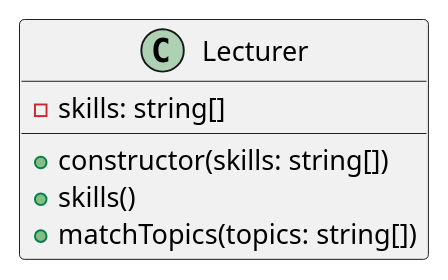
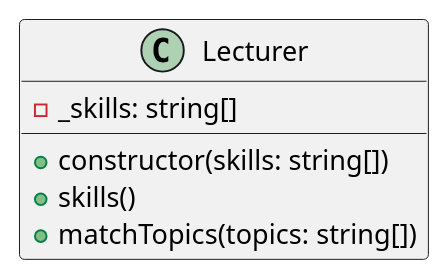
Before and after one commit to krisztiankazinczi/bh-fst01: the diagram in docs/exercises/oop/hard/courses_students/Lecturer.plantuml, drawn with PlantUML. The commit also changed 4 other files, not shown here.

```diff
--- a/docs/exercises/oop/hard/courses_students/Lecturer.plantuml
+++ b/docs/exercises/oop/hard/courses_students/Lecturer.plantuml
@@ -1,9 +1,9 @@
 @startuml
 class Lecturer {
-    - skills: string[]
+    - _skills: string[]
 
     + constructor(skills: string[])
     + skills()
     + matchTopics(topics: string[])
 }
 @enduml
```
